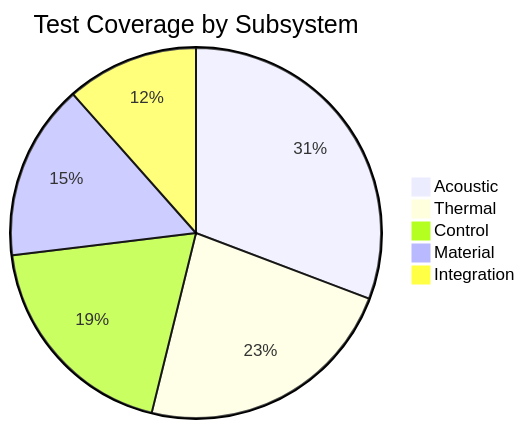
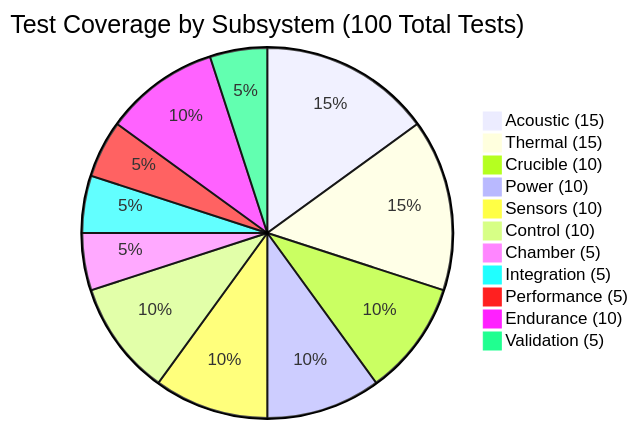
Before and after one commit to jnarwell/drip: the first of 2 diagrams in docs/verification/matrix.md, drawn with Mermaid. The commit also changed other lines of this file and 123 other files, not shown here.

First line of the commit message:
Add comprehensive test management system with 100 tests

````diff
--- a/docs/verification/matrix.md
+++ b/docs/verification/matrix.md
@@ -5,8 +5,14 @@
 ```mermaid
-pie title Test Coverage by Subsystem
-    "Acoustic" : 8
-    "Thermal" : 6
-    "Control" : 5
-    "Material" : 4
-    "Integration" : 3
+pie title Test Coverage by Subsystem (100 Total Tests)
+    "Acoustic (15)" : 15
+    "Thermal (15)" : 15
+    "Crucible (10)" : 10
+    "Power (10)" : 10
+    "Sensors (10)" : 10
+    "Control (10)" : 10
+    "Chamber (5)" : 5
+    "Integration (5)" : 5
+    "Performance (5)" : 5
+    "Endurance (10)" : 10
+    "Validation (5)" : 5
 ```
````
